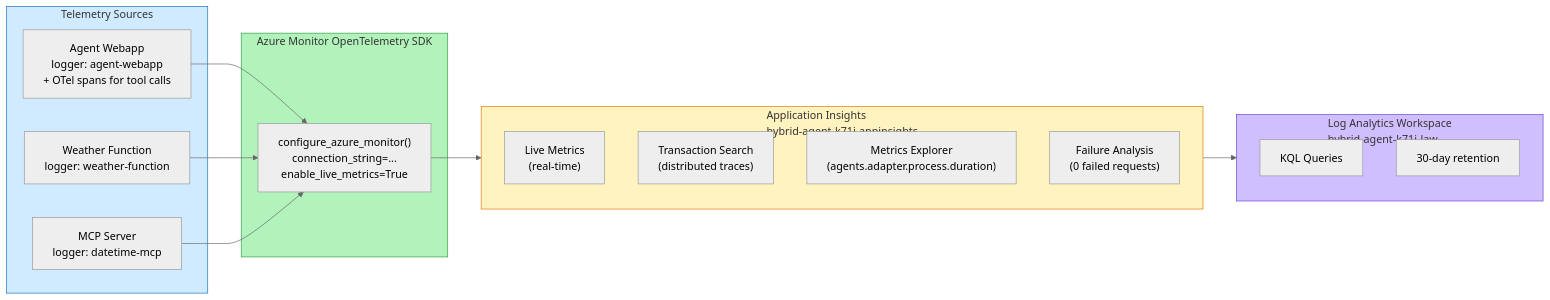
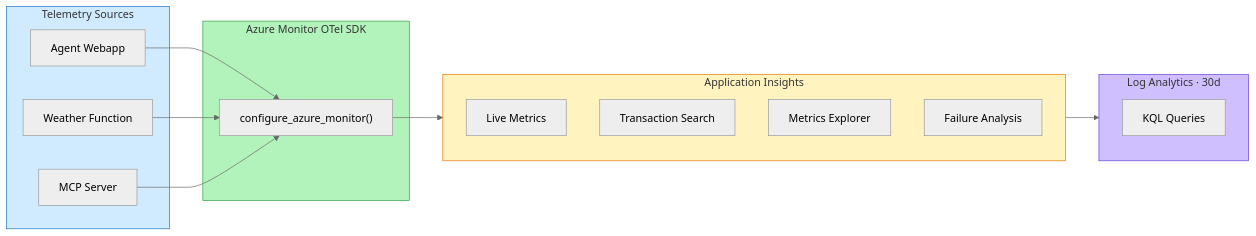
One commit to sureshpaulraj/fndry-pvnet-agent-fapp-mcp changed the sixth of 6 diagrams in diagrams/architecture-diagrams.md. Above: the diagram before and after it, drawn with Mermaid (neutral theme). The commit also changed other lines of this file, not shown here.

Commit message:
docs: fix architecture diagram legibility - shorten labels, move details to legend tables

````diff
--- a/diagrams/architecture-diagrams.md
+++ b/diagrams/architecture-diagrams.md
@@ -393,35 +421,34 @@
 ```mermaid
 graph LR
     subgraph Sources["Telemetry Sources"]
-        AW["Agent Webapp<br/>logger: agent-webapp<br/>+ OTel spans for tool calls"]
-        WF["Weather Function<br/>logger: weather-function"]
-        MCP["MCP Server<br/>logger: datetime-mcp"]
+        AW["Agent Webapp"]
+        WF["Weather Function"]
+        MC["MCP Server"]
     end
 
-    subgraph SDK["Azure Monitor OpenTelemetry SDK"]
-        CFG["configure_azure_monitor()<br/>connection_string=...<br/>enable_live_metrics=True"]
+    subgraph SDK["Azure Monitor OTel SDK"]
+        CFG["configure_azure_monitor()"]
     end
 
-    subgraph AppInsights["Application Insights<br/>hybrid-agent-k71j-appinsights"]
-        LM["Live Metrics<br/>(real-time)"]
-        TX["Transaction Search<br/>(distributed traces)"]
-        MET["Metrics Explorer<br/>(agents.adapter.process.duration)"]
-        FAIL["Failure Analysis<br/>(0 failed requests)"]
+    subgraph AI["Application Insights"]
+        LM["Live Metrics"]
+        TX["Transaction Search"]
+        MET["Metrics Explorer"]
+        FAIL["Failure Analysis"]
     end
 
-    subgraph LAW["Log Analytics Workspace<br/>hybrid-agent-k71j-law"]
+    subgraph LAW["Log Analytics · 30d"]
         KQL["KQL Queries"]
-        RET["30-day retention"]
     end
 
     AW --> CFG
     WF --> CFG
-    MCP --> CFG
-    CFG --> AppInsights
-    AppInsights --> LAW
+    MC --> CFG
+    CFG --> AI
+    AI --> LAW
 
     style Sources fill:#d0ebff,stroke:#1971c2
     style SDK fill:#b2f2bb,stroke:#2f9e44
-    style AppInsights fill:#fff3bf,stroke:#e67700
+    style AI fill:#fff3bf,stroke:#e67700
     style LAW fill:#d0bfff,stroke:#6741d9
 ```
````
